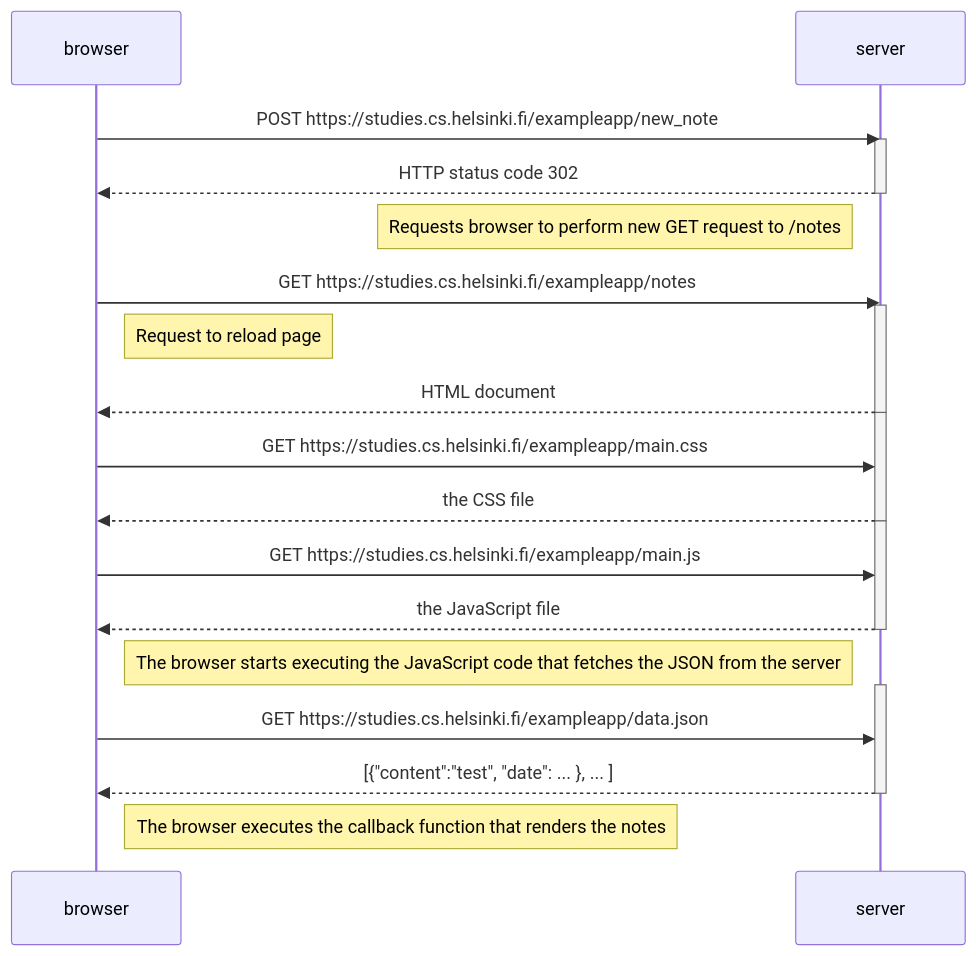
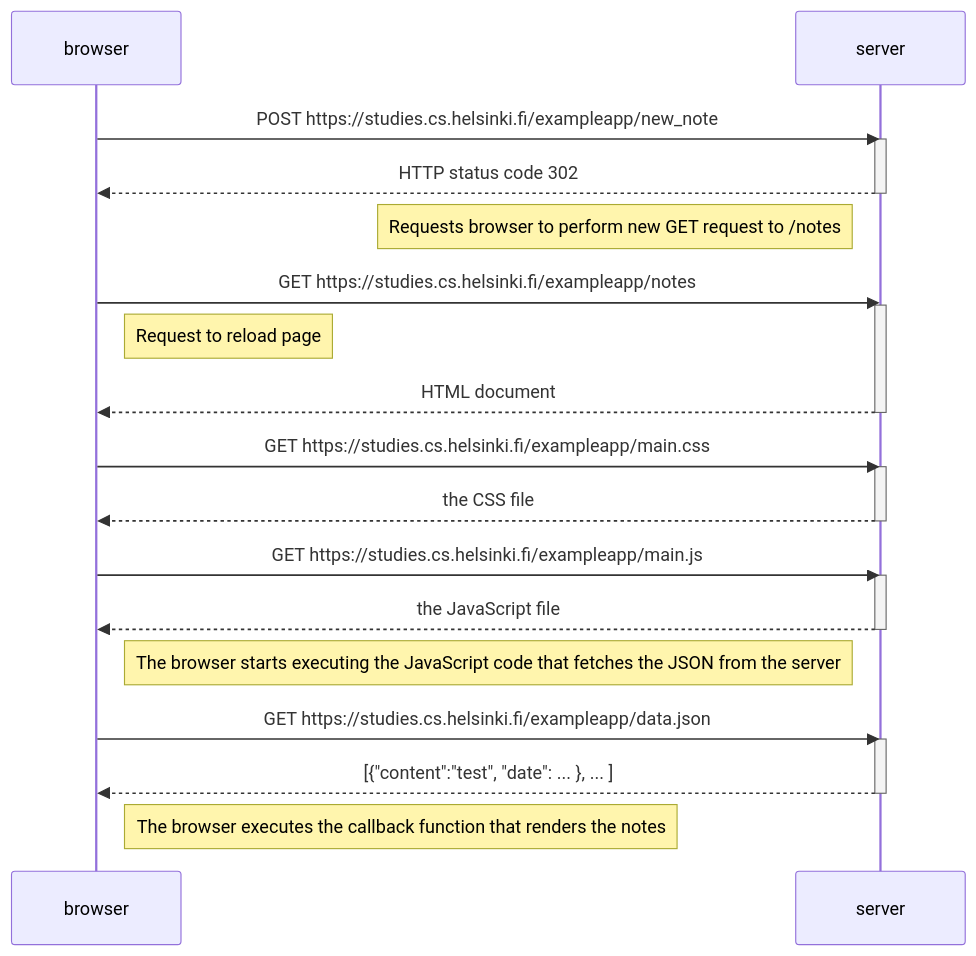
Before and after one commit to jmjstone/full-stack-open: the diagram in part0/0.4/sequence.md, drawn with Mermaid.

Commit message:
activation syntax

````diff
--- a/part0/0.4/sequence.md
+++ b/part0/0.4/sequence.md
@@ -3,32 +3,35 @@
 ```mermaid
 sequenceDiagram
     participant browser
     participant server
     browser->>server: POST https://studies.cs.helsinki.fi/exampleapp/new_note
     activate server
     server-->>browser: HTTP status code 302
     deactivate server
     Note left of server: Requests browser to perform new GET request to /notes
     browser->>server: GET https://studies.cs.helsinki.fi/exampleapp/notes
     activate server
     Note right of browser: Request to reload page
     server-->>browser: HTML document
     deactivate server
 
+
+    browser->>server: GET https://studies.cs.helsinki.fi/exampleapp/main.css
     activate server
-    browser->>server: GET https://studies.cs.helsinki.fi/exampleapp/main.css
     server-->>browser: the CSS file
     deactivate server
 
+
+    browser->>server: GET https://studies.cs.helsinki.fi/exampleapp/main.js
     activate server
-    browser->>server: GET https://studies.cs.helsinki.fi/exampleapp/main.js
     server-->>browser: the JavaScript file
     deactivate server
     Note right of browser: The browser starts executing the JavaScript code that fetches the JSON from the server
 
+
+    browser->>server: GET https://studies.cs.helsinki.fi/exampleapp/data.json
     activate server
-    browser->>server: GET https://studies.cs.helsinki.fi/exampleapp/data.json
     server-->>browser: [{"content":"test", "date": ... }, ... ]
     deactivate server
     Note right of browser: The browser executes the callback function that renders the notes
 ```
````
